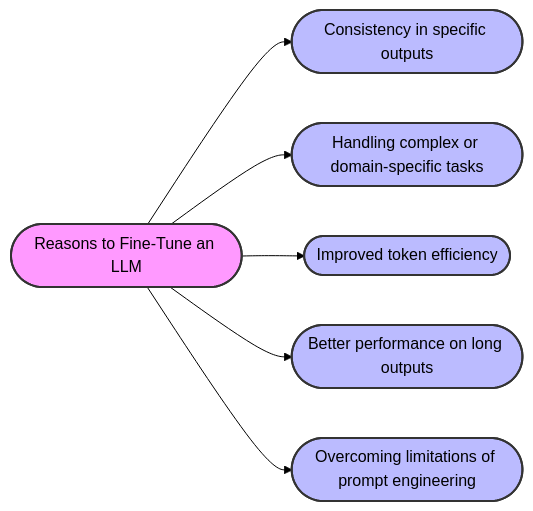
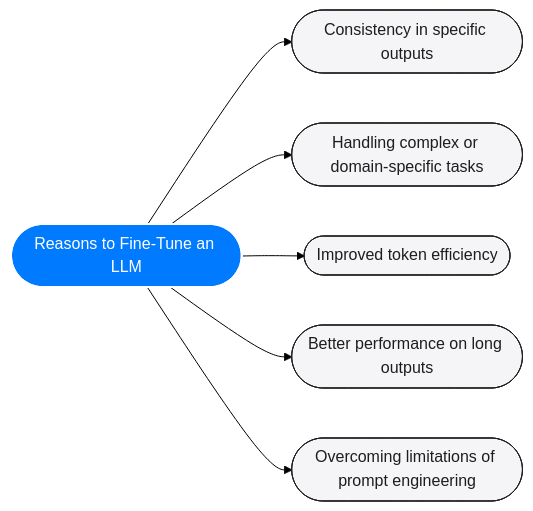
The first of 3 diagrams in docs/why-fine-tune-an-llm.md (aiengineeringforgrandmas/gemini-prompt-engineer-toolkit), drawn with Mermaid (forest theme) before and after one commit.

````diff
--- a/docs/why-fine-tune-an-llm.md
+++ b/docs/why-fine-tune-an-llm.md
@@ -14,22 +14,23 @@
 ```mermaid
 graph LR
     A(["Reasons to Fine-Tune an LLM"])
     B(["Consistency in specific outputs"])
     C(["Handling complex or domain-specific tasks"])
     D(["Improved token efficiency"])
     E(["Better performance on long outputs"])
     F(["Overcoming limitations of prompt engineering"])
 
     A -->|" "| B
     A -->|" "| C
     A -->|" "| D
     A -->|" "| E
     A -->|" "| F
 
-    style A fill:#f9f,stroke:#333,stroke-width:2px
-    style B fill:#bbf,stroke:#333,stroke-width:2px
-    style C fill:#bbf,stroke:#333,stroke-width:2px
-    style D fill:#bbf,stroke:#333,stroke-width:2px
-    style E fill:#bbf,stroke:#333,stroke-width:2px
-    style F fill:#bbf,stroke:#333,stroke-width:2px
+    style A fill:#007AFF,color:#FFFFFF,stroke:#FFFFFF,stroke-width:2px
+    style B fill:#F5F5F7,color:#1D1D1F,stroke:#1D1D1F,stroke-width:1px
+    style C fill:#F5F5F7,color:#1D1D1F,stroke:#1D1D1F,stroke-width:1px
+    style D fill:#F5F5F7,color:#1D1D1F,stroke:#1D1D1F,stroke-width:1px
+    style E fill:#F5F5F7,color:#1D1D1F,stroke:#1D1D1F,stroke-width:1px
+    style F fill:#F5F5F7,color:#1D1D1F,stroke:#1D1D1F,stroke-width:1px
+
 ```
````
